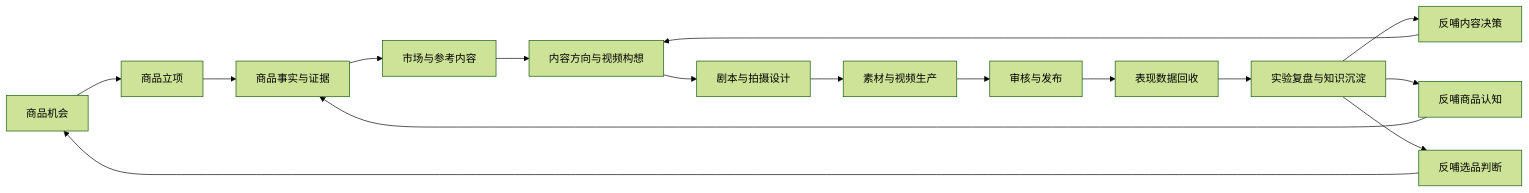
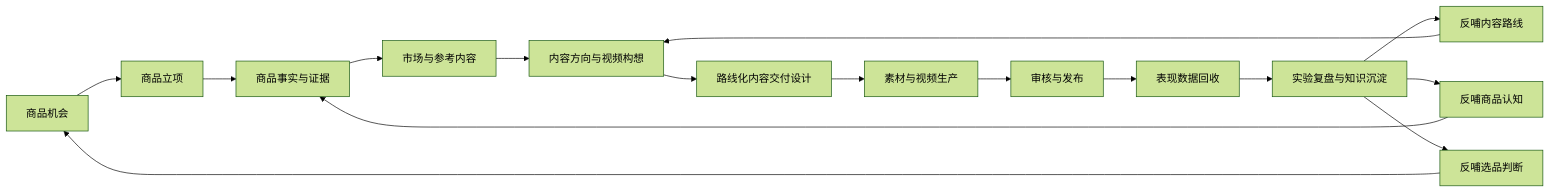
Before and after one commit to SONG-36/TK_Video_Intelligence_Workbench: the first of 7 diagrams in 00_MASTER_DESIGN.md, drawn with Mermaid (forest theme). The commit also changed other lines of this file and 8 other files, not shown here.

````diff
--- a/00_MASTER_DESIGN.md
+++ b/00_MASTER_DESIGN.md
@@ -57,18 +62,18 @@
 ```mermaid
 flowchart LR
     A[商品机会] --> B[商品立项]
     B --> C[商品事实与证据]
     C --> D[市场与参考内容]
     D --> E[内容方向与视频构想]
-    E --> F[剧本与拍摄设计]
+    E --> F[路线化内容交付设计]
     F --> G[素材与视频生产]
     G --> H[审核与发布]
     H --> I[表现数据回收]
     I --> J[实验复盘与知识沉淀]
-    J --> K[反哺内容决策]
+    J --> K[反哺内容路线]
     J --> L[反哺商品认知]
     J --> M[反哺选品判断]
     K --> E
     L --> C
     M --> A
 ```
````
